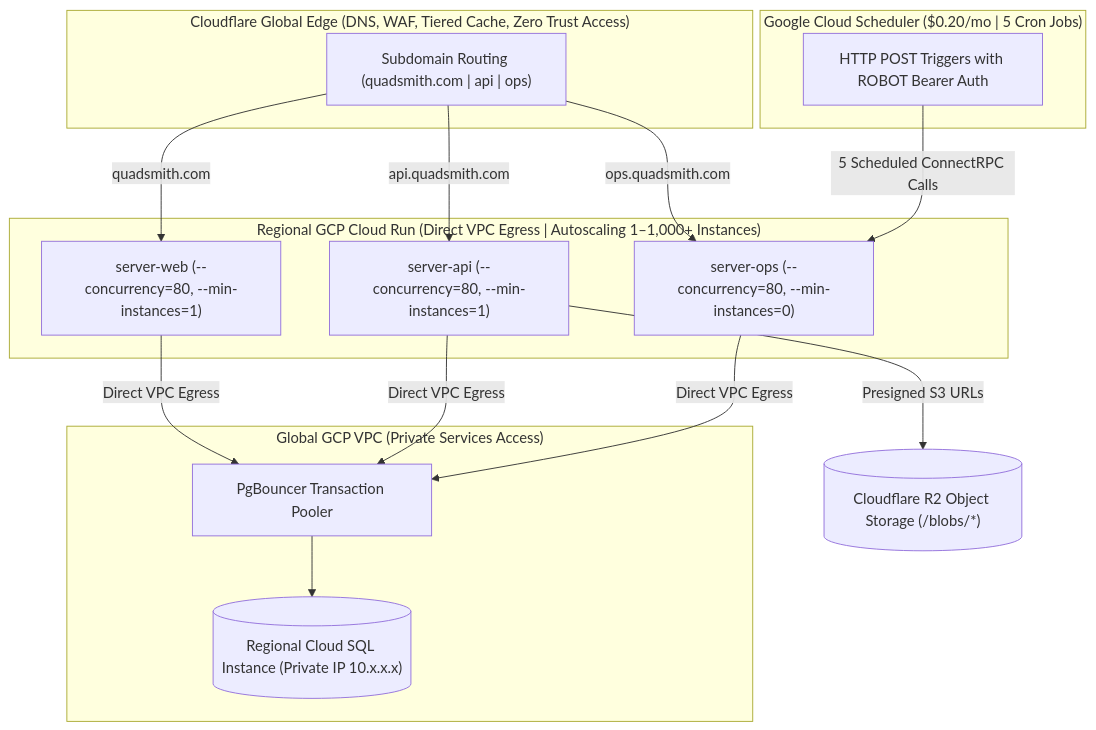
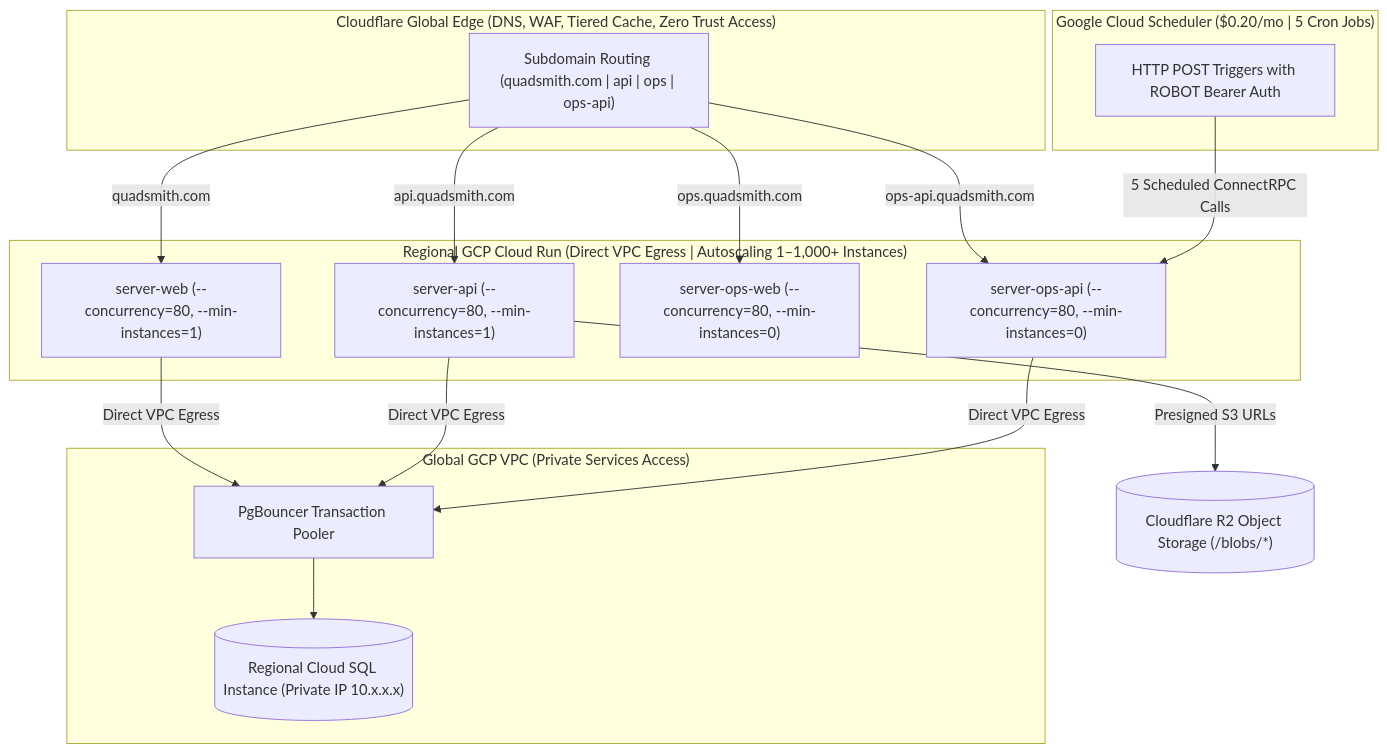
One commit to rohitramu/quadsmith changed the third of 3 diagrams in plans/scaling_deployment_regions.md. Above: the diagram before and after it, drawn with Mermaid. The commit also changed other lines of this file and 124 other files, not shown here.

````diff
--- a/plans/scaling_deployment_regions.md
+++ b/plans/scaling_deployment_regions.md
@@ -455,29 +455,31 @@
 ```mermaid
 flowchart TD
     subgraph CF["Cloudflare Global Edge (DNS, WAF, Tiered Cache, Zero Trust Access)"]
-        Edge["Subdomain Routing (quadsmith.com | api | ops)"]
+        Edge["Subdomain Routing (quadsmith.com | api | ops | ops-api)"]
     end
 
     subgraph CloudRun["Regional GCP Cloud Run (Direct VPC Egress | Autoscaling 1–1,000+ Instances)"]
         CRWeb["server-web (--concurrency=80, --min-instances=1)"]
         CRApi["server-api (--concurrency=80, --min-instances=1)"]
-        CROps["server-ops (--concurrency=80, --min-instances=0)"]
+        CROpsWeb["server-ops-web (--concurrency=80, --min-instances=0)"]
+        CROpsApi["server-ops-api (--concurrency=80, --min-instances=0)"]
     end
 
     subgraph Scheduler["Google Cloud Scheduler ($0.20/mo | 5 Cron Jobs)"]
         Cron["HTTP POST Triggers with ROBOT Bearer Auth"]
     end
 
     subgraph VPC["Global GCP VPC (Private Services Access)"]
         Pooler["PgBouncer Transaction Pooler"] --> DB[("Regional Cloud SQL Instance (Private IP 10.x.x.x)")]
     end
 
     R2[("Cloudflare R2 Object Storage (/blobs/*)")]
 
     Edge -->|quadsmith.com| CRWeb
     Edge -->|api.quadsmith.com| CRApi
-    Edge -->|ops.quadsmith.com| CROps
-    Cron -->|5 Scheduled ConnectRPC Calls| CROps
-    CRWeb & CRApi & CROps -->|Direct VPC Egress| Pooler
+    Edge -->|ops.quadsmith.com| CROpsWeb
+    Edge -->|ops-api.quadsmith.com| CROpsApi
+    Cron -->|5 Scheduled ConnectRPC Calls| CROpsApi
+    CRWeb & CRApi & CROpsApi -->|Direct VPC Egress| Pooler
     CRApi -->|Presigned S3 URLs| R2
 ```
````
